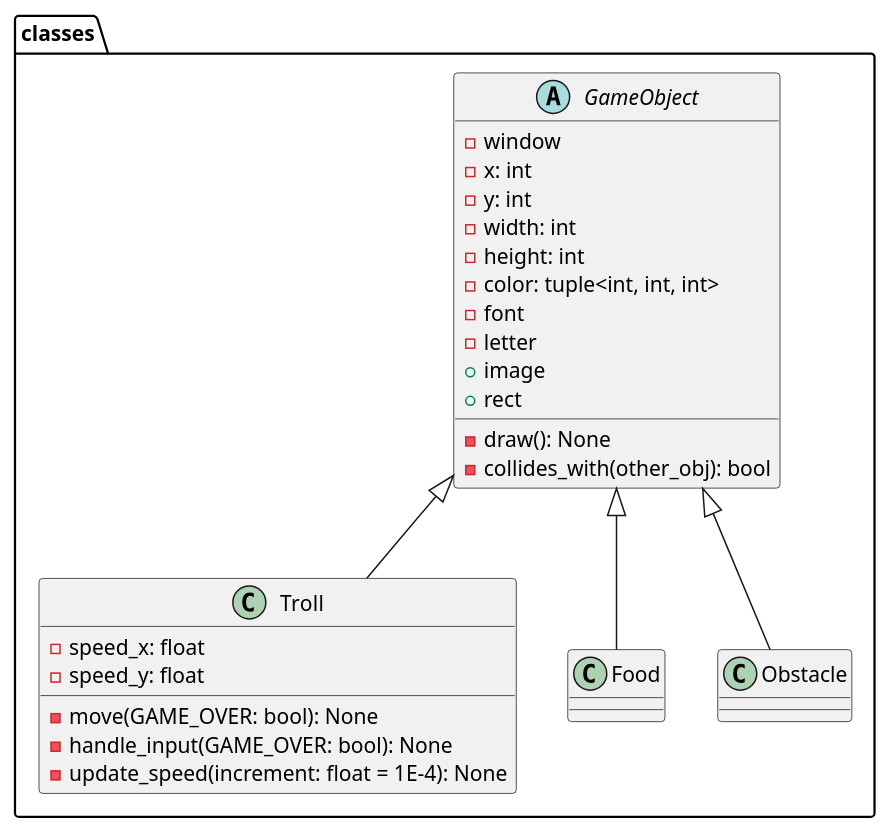
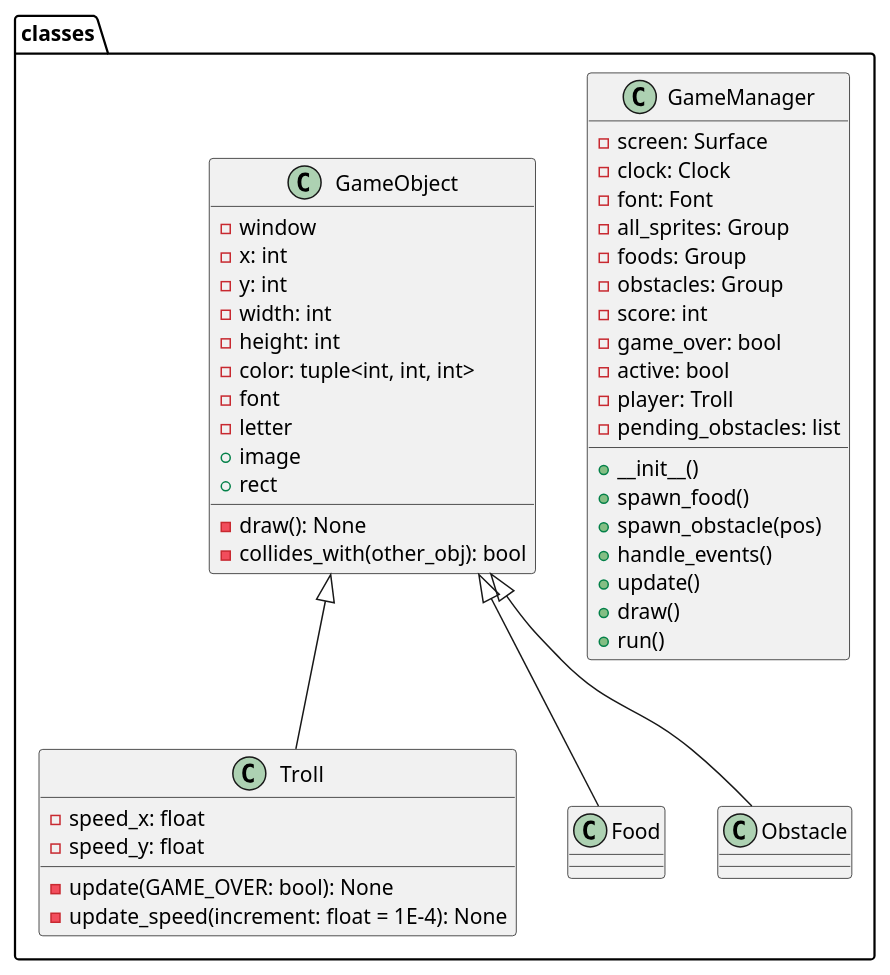
Before and after one commit to LakBud/Informasjonsteknologi-2-Python-Course: the diagram in src/tasks/4_before_fourth_test/pactroll/pactroll_UML.puml, drawn with PlantUML. The commit also changed 10 other files, not shown here.

```diff
--- a/src/tasks/4_before_fourth_test/pactroll/pactroll_UML.puml
+++ b/src/tasks/4_before_fourth_test/pactroll/pactroll_UML.puml
@@ -1,37 +1,61 @@
 @startuml classes
 
-abstract class classes.GameObject {
+class classes.GameManager {
+    - screen: Surface
+    - clock: Clock
+    - font: Font
+    - all_sprites: Group
+    - foods: Group
+    - obstacles: Group
+    - score: int
+    - game_over: bool
+    - active: bool
+    - player: Troll
+    - pending_obstacles: list
+    + __init__()
+    + spawn_food()
+    + spawn_obstacle(pos)
+    + handle_events()
+    + update()
+    + draw()
+    + run()
+}
+
+
+
+class classes.GameObject {
     - window
     - x: int
     - y: int
     - width: int
     - height: int
     - color: tuple<int, int, int>
     - font
     - letter
     + image
     + rect
     - draw(): None 
     - collides_with(other_obj): bool
 }
 
 class classes.Troll {
     - speed_x: float
     - speed_y: float
-    - move(GAME_OVER: bool): None
-    - handle_input(GAME_OVER: bool): None
+    - update(GAME_OVER: bool): None
     - update_speed(increment: float = 1E-4): None
 }
 
 class classes.Food {
 }
 
 class classes.Obstacle {
 }
 
+
+
 GameObject <|-- Troll
 GameObject <|-- Food
 GameObject <|-- Obstacle
 
 
 @enduml
```
